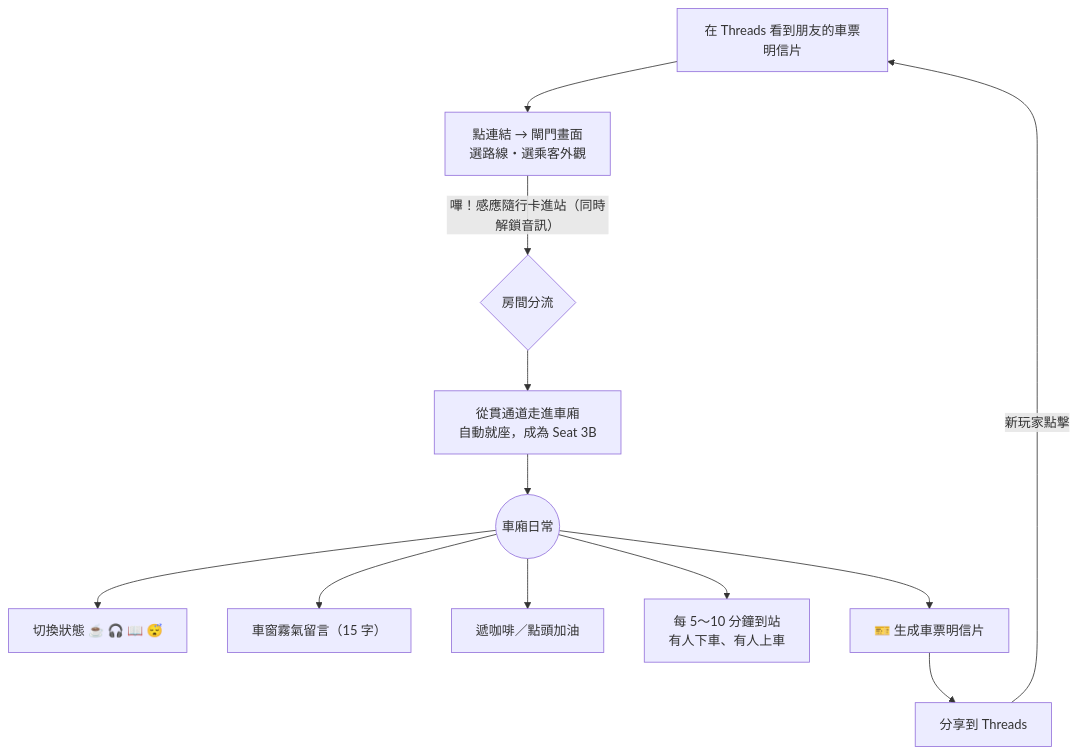
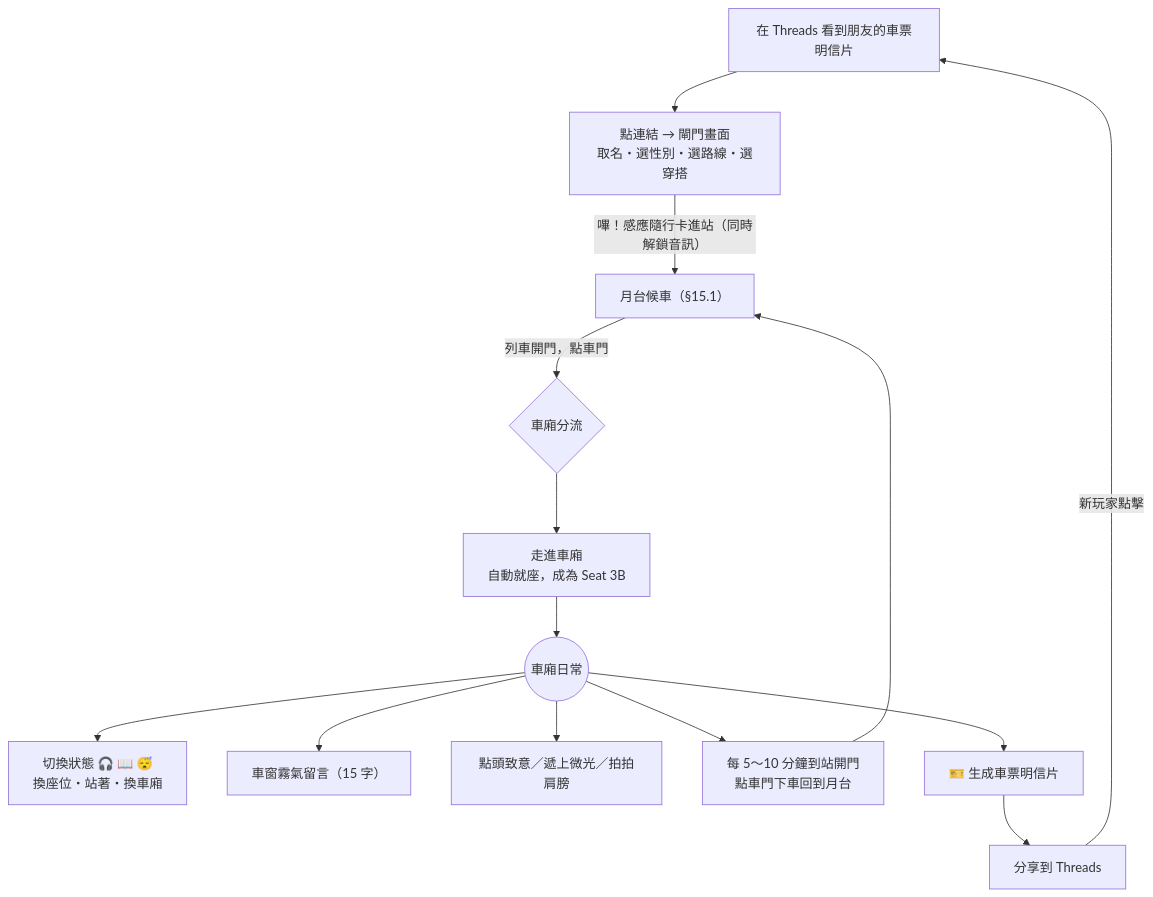
Before and after one commit to cindyguo0214/carriage-corner: the second of 11 diagrams in docs/PRD.md, drawn with Mermaid. The commit also changed other lines of this file and 39 other files, not shown here.

````diff
--- a/docs/PRD.md
+++ b/docs/PRD.md
@@ -517,14 +521,16 @@
 ```mermaid
 flowchart TD
-    A["在 Threads 看到朋友的車票明信片"] --> B["點連結 → 閘門畫面<br/>選路線・選乘客外觀"]
-    B -->|"嗶！感應隨行卡進站（同時解鎖音訊）"| C{"房間分流"}
-    C --> D["從貫通道走進車廂<br/>自動就座，成為 Seat 3B"]
+    A["在 Threads 看到朋友的車票明信片"] --> B["點連結 → 閘門畫面<br/>取名・選性別・選路線・選穿搭"]
+    B -->|"嗶！感應隨行卡進站（同時解鎖音訊）"| P["月台候車（§15.1）"]
+    P -->|"列車開門，點車門"| C{"車廂分流"}
+    C --> D["走進車廂<br/>自動就座，成為 Seat 3B"]
     D --> E(("車廂日常"))
-    E --> F["切換狀態 ☕ 🎧 📖 😴"]
+    E --> F["切換狀態 🎧 📖 😴<br/>換座位・站著・換車廂"]
     E --> G["車窗霧氣留言（15 字）"]
-    E --> H["遞咖啡／點頭加油"]
-    E --> I["每 5～10 分鐘到站<br/>有人下車、有人上車"]
+    E --> H["點頭致意／遞上微光／拍拍肩膀"]
+    E --> I["每 5～10 分鐘到站開門<br/>點車門下車回到月台"]
+    I --> P
     E --> J["🎫 生成車票明信片"]
     J --> K["分享到 Threads"]
     K -->|"新玩家點擊"| A
 ```
````
